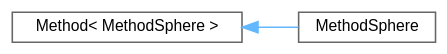
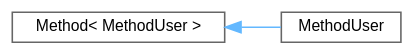
One commit to nikhil-admal/mdstresslab changed the diagram in inherit_graph_10.dot. Above: the diagram before and after it, drawn with Graphviz. The commit also changed 88 other files, not shown here.

```diff
--- a/inherit_graph_10.dot
+++ b/inherit_graph_10.dot
@@ -1,11 +1,11 @@
 digraph "Graphical Class Hierarchy"
 {
  // LATEX_PDF_SIZE
   bgcolor="transparent";
   edge [fontname=Helvetica,fontsize=10,labelfontname=Helvetica,labelfontsize=10];
   node [fontname=Helvetica,fontsize=10,shape=box,height=0.2,width=0.4];
   rankdir="LR";
-  Node0 [id="Node000000",label="Method\< MethodSphere \>",height=0.2,width=0.4,color="grey40", fillcolor="white", style="filled",URL="$classMethod.html",tooltip=" "];
+  Node0 [id="Node000000",label="Method\< MethodUser \>",height=0.2,width=0.4,color="grey40", fillcolor="white", style="filled",URL="$classMethod.html",tooltip=" "];
   Node0 -> Node1 [id="edge6_Node000000_Node000001",dir="back",color="steelblue1",style="solid",tooltip=" "];
-  Node1 [id="Node000001",label="MethodSphere",height=0.2,width=0.4,color="grey40", fillcolor="white", style="filled",URL="$classMethodSphere.html",tooltip=" "];
+  Node1 [id="Node000001",label="MethodUser",height=0.2,width=0.4,color="grey40", fillcolor="white", style="filled",URL="$classMethodUser.html",tooltip=" "];
 }
```
